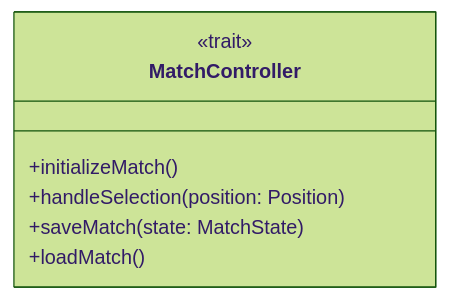
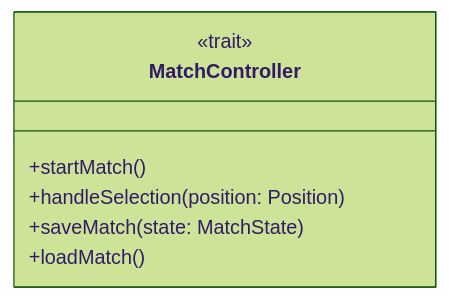
Before and after one commit to Borgotto/PPS-25-scalatello: the tenth of 11 diagrams in docs/report/5-detailed-design.md, drawn with Mermaid (forest theme). The commit also changed other lines of this file, not shown here.

Commit message:
Update MatchController design

````diff
--- a/docs/report/5-detailed-design.md
+++ b/docs/report/5-detailed-design.md
@@ -244,10 +244,10 @@
 ```mermaid
 classDiagram
   class MatchController {
     <<trait>>
-    +initializeMatch()
+    +startMatch()
     +handleSelection(position: Position)
     +saveMatch(state: MatchState)
     +loadMatch()
   }
 ```
````
